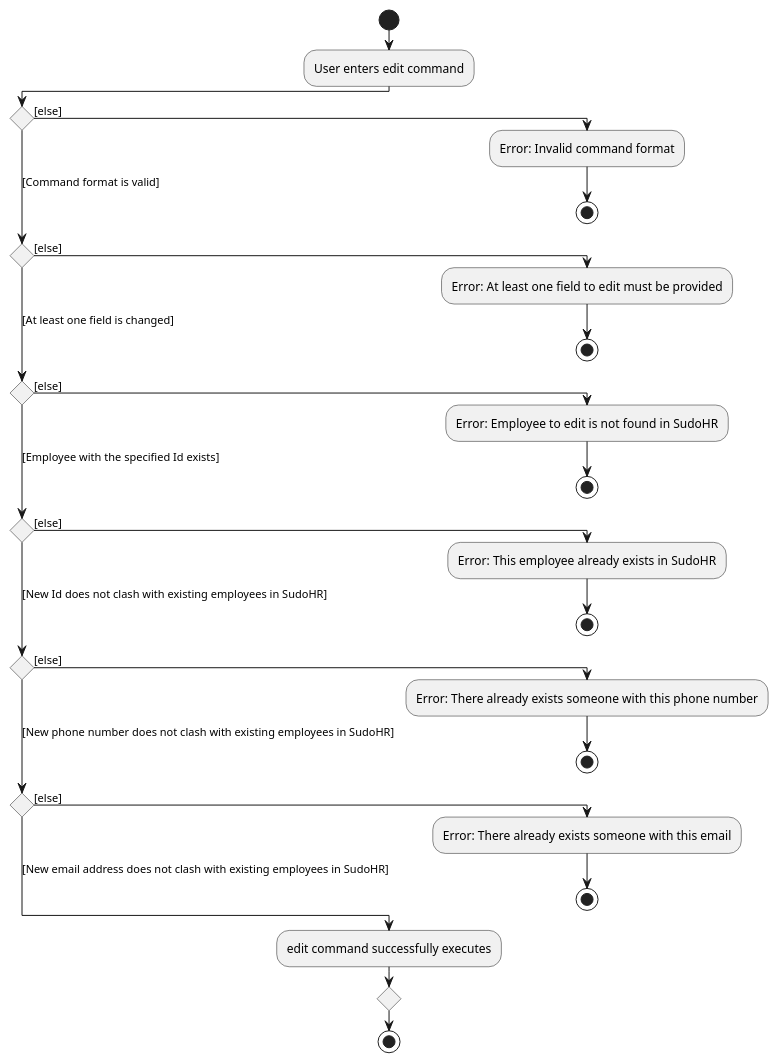
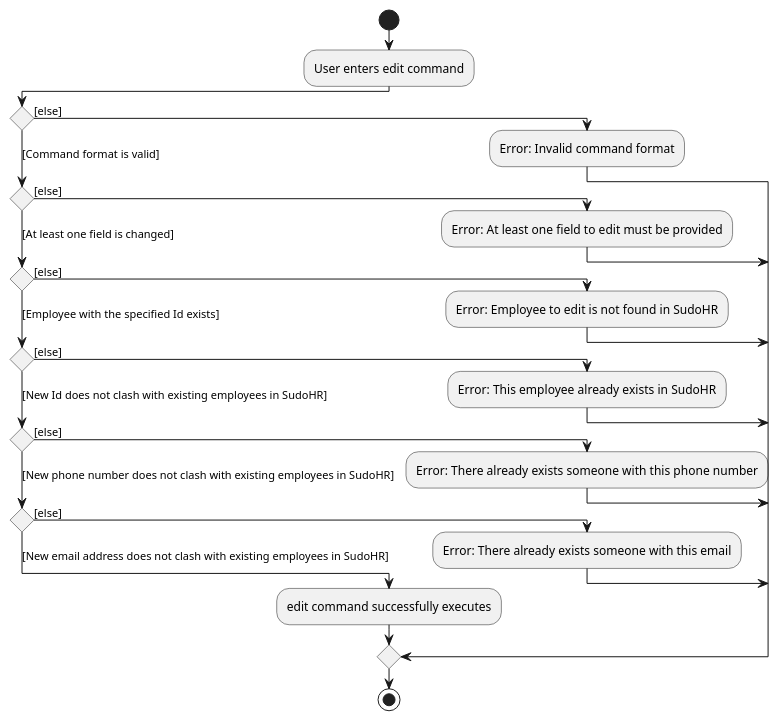
The diagram in docs/diagrams/commands/employee/EditEmployeeActivityDiagram.puml (nus-cs2103-AY2223S2/tp), drawn with PlantUML before and after one commit. The commit also changed 4 other files, not shown here.

Commit message:
Update diagrams

```diff
--- a/docs/diagrams/commands/employee/EditEmployeeActivityDiagram.puml
+++ b/docs/diagrams/commands/employee/EditEmployeeActivityDiagram.puml
@@ -1,29 +1,30 @@
 @startuml
 !pragma useVerticalIf on
 start
 :User enters edit command;
 if () then ([else])
   :Error: Invalid command format;
-  stop
-([Command format is valid] )elseif () then ([else])
+
+([Command format is valid]) elseif () then ([else])
   :Error: At least one field to edit must be provided;
-   stop
+
 ([At least one field is changed]) elseif () then ([else])
   :Error: Employee to edit is not found in SudoHR;
-   stop
+
 ([Employee with the specified Id exists]) elseif () then ([else])
    :Error: This employee already exists in SudoHR;
-   stop
+
 ([New Id does not clash with existing employees in SudoHR]) elseif() then ([else])
    :Error: There already exists someone with this phone number;
-   stop
+
 ([New phone number does not clash with existing employees in SudoHR]) elseif() then ([else])
    :Error: There already exists someone with this email;
-   stop
+
 
 else ([New email address does not clash with existing employees in SudoHR])
   :edit command successfully executes;
-  endif
+
+endif
 stop
 
 @enduml
```
